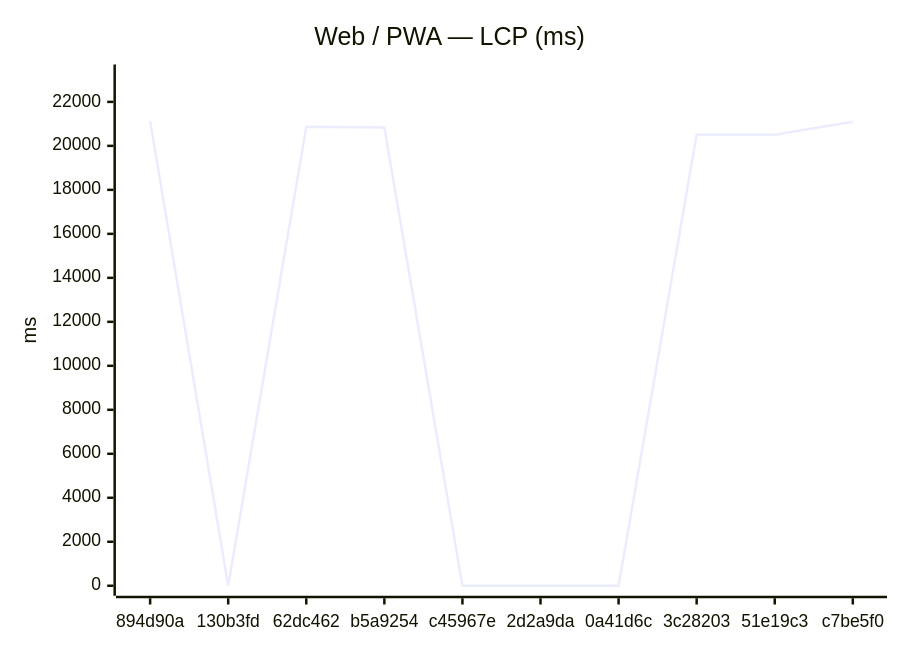
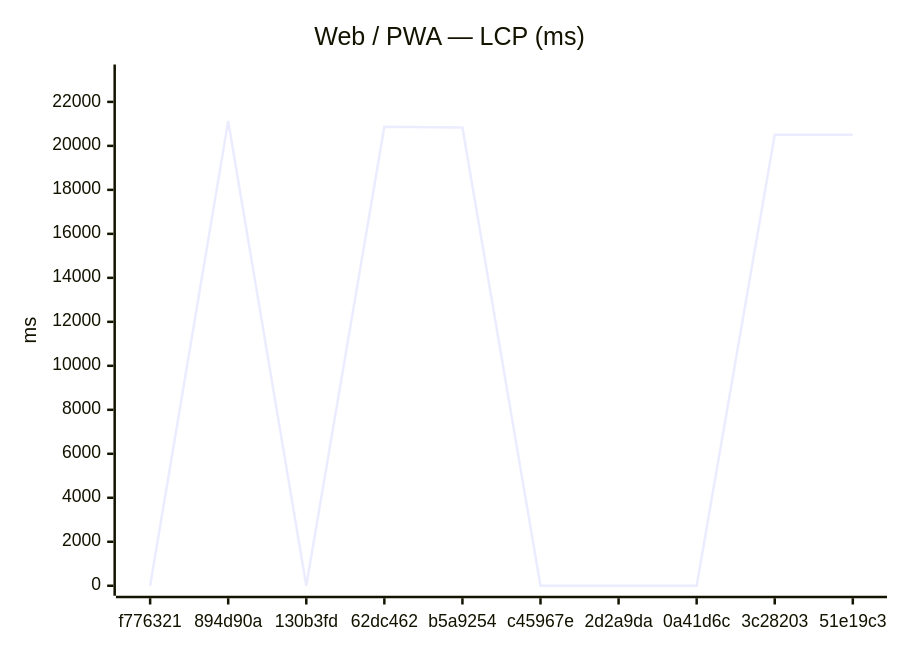
The first of 18 diagrams in benchmarks/compare.md (Metaheurist/Rianell), drawn with Mermaid before and after one commit. The commit also changed other lines of this file and 11 other files, not shown here.

````diff
--- a/benchmarks/compare.md
+++ b/benchmarks/compare.md
@@ -24,7 +24,7 @@
 ```mermaid
 xychart-beta
     title "Web / PWA — LCP (ms)"
-    x-axis ["894d90a", "130b3fd", "62dc462", "b5a9254", "c45967e", "2d2a9da", "0a41d6c", "3c28203", "51e19c3", "c7be5f0"]
+    x-axis ["f776321", "894d90a", "130b3fd", "62dc462", "b5a9254", "c45967e", "2d2a9da", "0a41d6c", "3c28203", "51e19c3"]
     y-axis "ms" 0 --> 23245
-    line [21131, 0, 20871, 20837, 0, 0, 0, 20503, 20509, 21095]
+    line [0, 21131, 0, 20871, 20837, 0, 0, 0, 20503, 20509]
 ```
````
